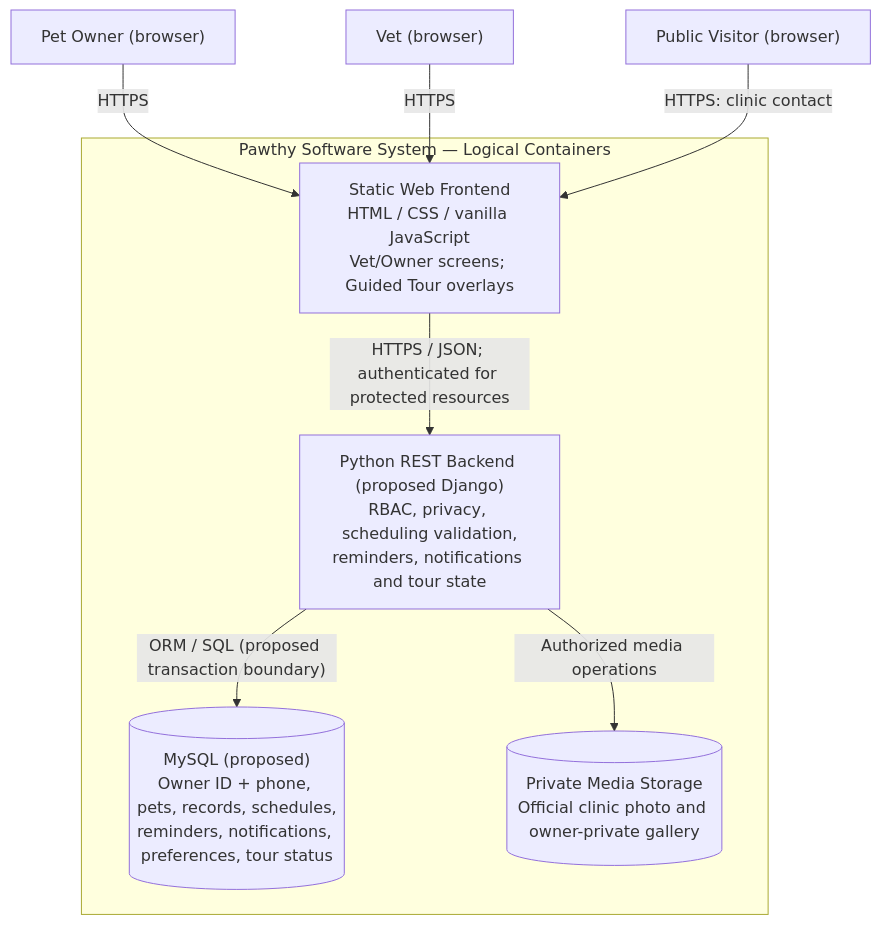
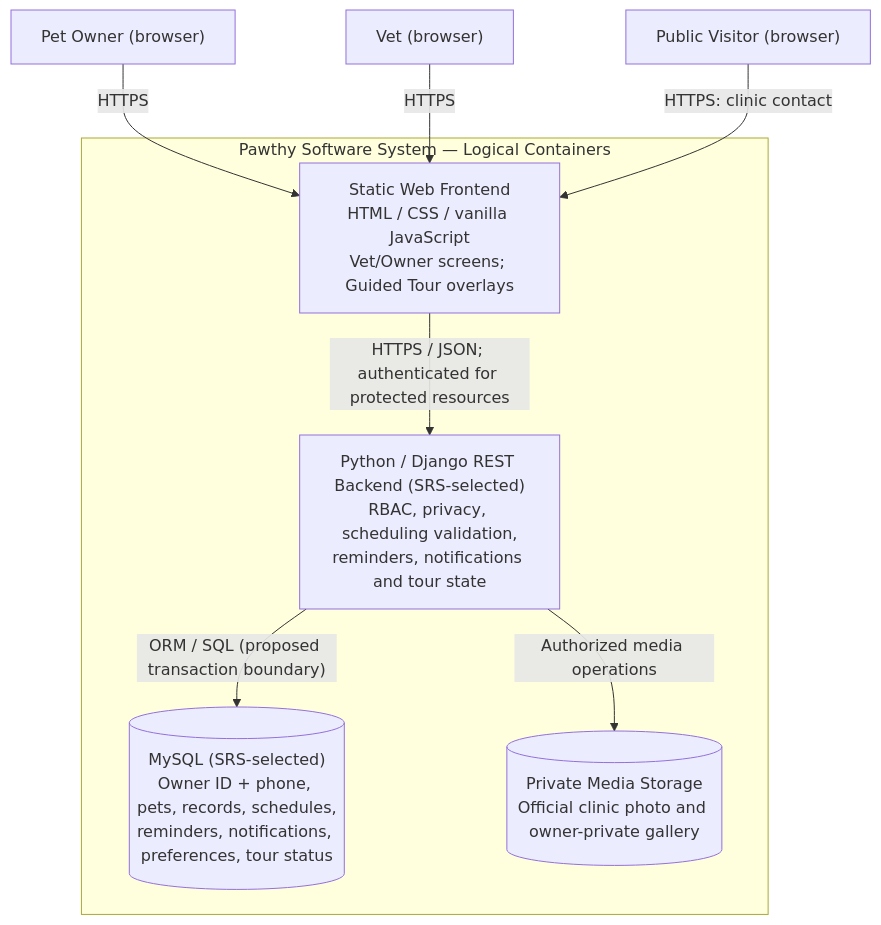
Before and after one commit to Efesen10/Pawthy: the second of 3 diagrams in docs/architecture/c4-architecture.md, drawn with Mermaid. The commit also changed other lines of this file, not shown here.

Commit message:
docs(architecture): update C4 for new SRS 5.2 interfaces and soft delete

````diff
--- a/docs/architecture/c4-architecture.md
+++ b/docs/architecture/c4-architecture.md
@@ -37,18 +37,18 @@
 ```mermaid
 flowchart TB
   OWNER["Pet Owner (browser)"]
   VET["Vet (browser)"]
   VISITOR["Public Visitor (browser)"]
   subgraph PAWTHY["Pawthy Software System — Logical Containers"]
     WEB["Static Web Frontend<br/>HTML / CSS / vanilla JavaScript<br/>Vet/Owner screens; Guided Tour overlays"]
-    API["Python REST Backend (proposed Django)<br/>RBAC, privacy, scheduling validation,<br/>reminders, notifications and tour state"]
-    DB[("MySQL (proposed)<br/>Owner ID + phone, pets, records, schedules,<br/>reminders, notifications, preferences, tour status")]
+    API["Python / Django REST Backend (SRS-selected)<br/>RBAC, privacy, scheduling validation,<br/>reminders, notifications and tour state"]
+    DB[("MySQL (SRS-selected)<br/>Owner ID + phone, pets, records, schedules,<br/>reminders, notifications, preferences, tour status")]
     MEDIA[("Private Media Storage<br/>Official clinic photo and owner-private gallery")]
   end
   OWNER -->|"HTTPS"| WEB
   VET -->|"HTTPS"| WEB
   VISITOR -->|"HTTPS: clinic contact"| WEB
   WEB -->|"HTTPS / JSON; authenticated for protected resources"| API
   API -->|"ORM / SQL (proposed transaction boundary)"| DB
   API -->|"Authorized media operations"| MEDIA
 ```
````
